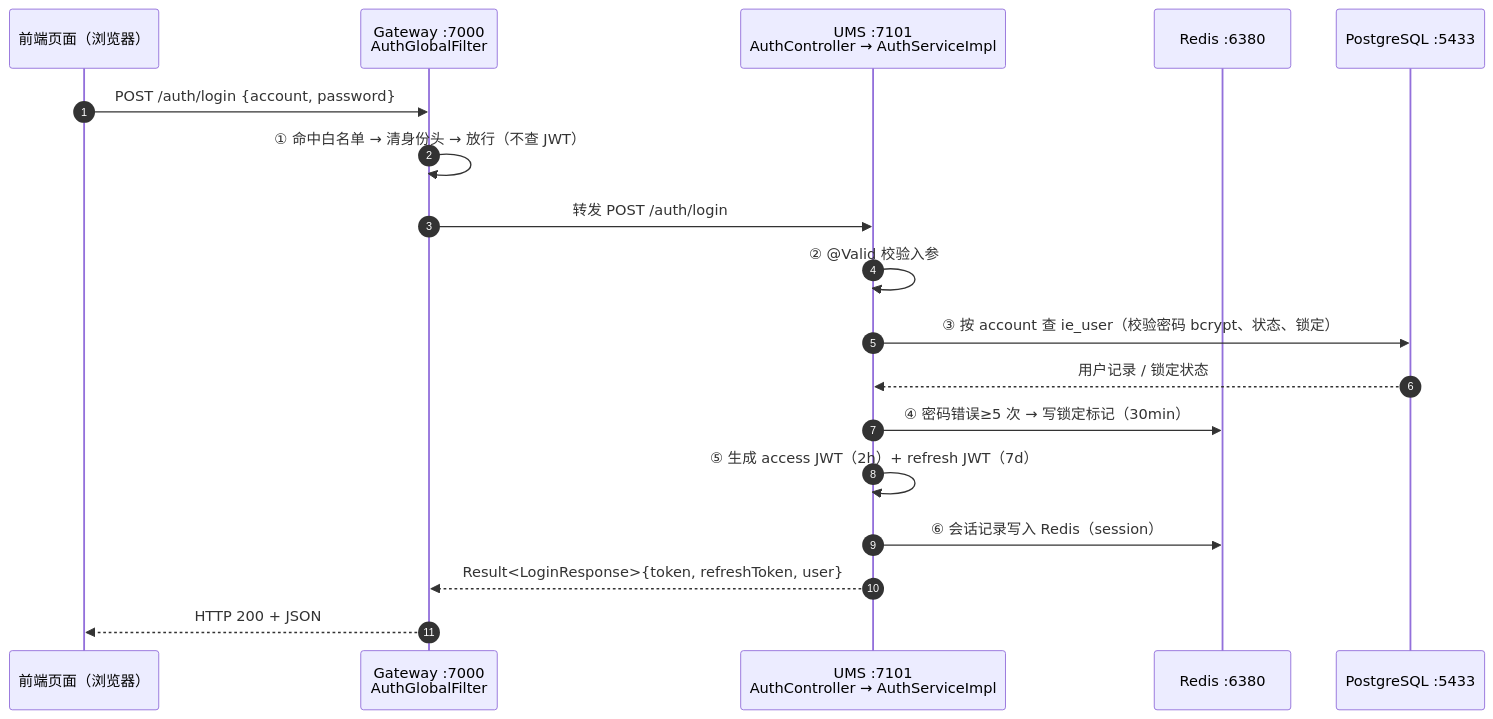
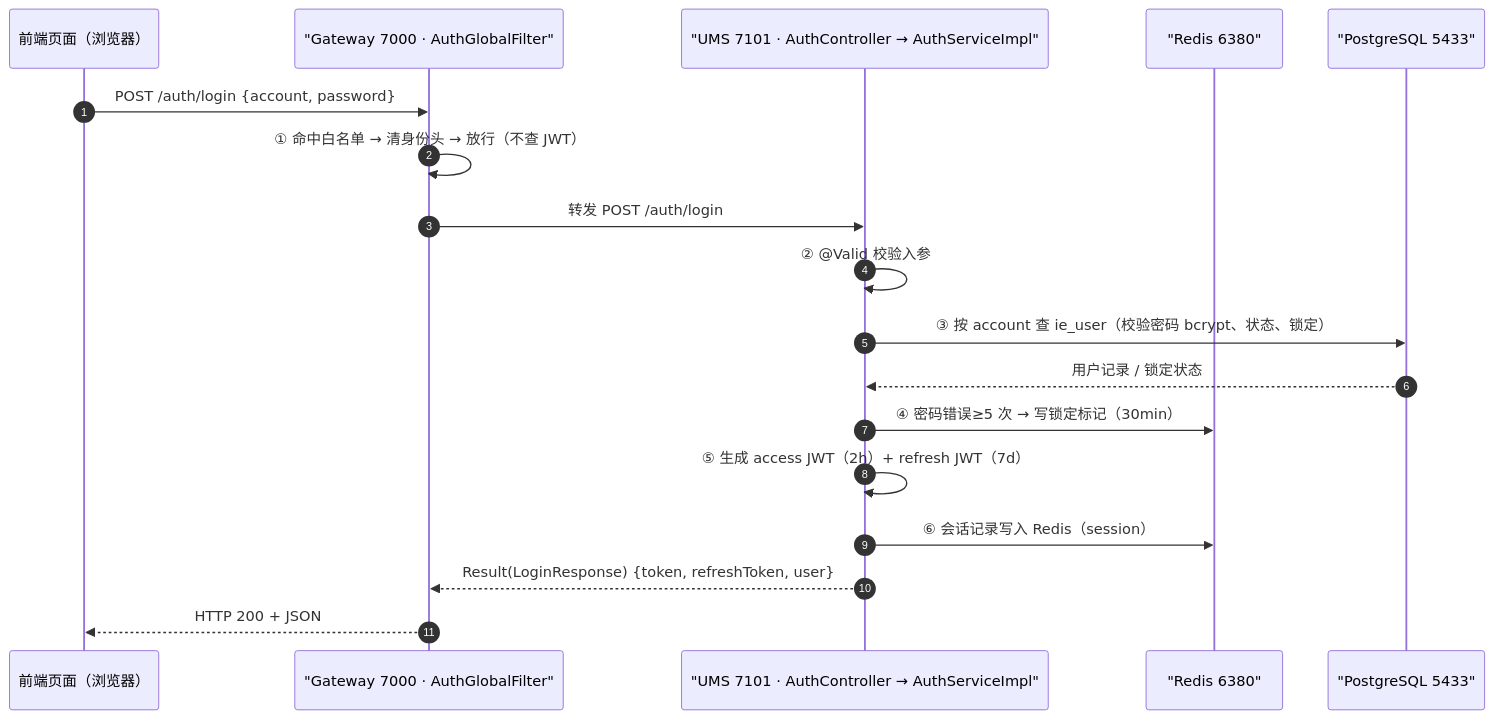
Before and after one commit to Goutouxiaoen/insight-engine-backend: the sixth of 9 diagrams in insight-engine/docs/ARCHITECTURE.md, drawn with Mermaid. The commit also changed other lines of this file, not shown here.

Commit message:
docs: fix mermaid sequence syntax in ARCHITECTURE.md

````diff
--- a/insight-engine/docs/ARCHITECTURE.md
+++ b/insight-engine/docs/ARCHITECTURE.md
@@ -371,21 +371,21 @@
 ```mermaid
 sequenceDiagram
     autonumber
     participant FE as 前端页面（浏览器）
-    participant GW as Gateway :7000<br/>AuthGlobalFilter
-    participant UM as UMS :7101<br/>AuthController → AuthServiceImpl
-    participant RD as Redis :6380
-    participant PG as PostgreSQL :5433
+    participant GW as "Gateway 7000 · AuthGlobalFilter"
+    participant UM as "UMS 7101 · AuthController → AuthServiceImpl"
+    participant RD as "Redis 6380"
+    participant PG as "PostgreSQL 5433"
 
     FE->>GW: POST /auth/login {account, password}
     GW->>GW: ① 命中白名单 → 清身份头 → 放行（不查 JWT）
     GW->>UM: 转发 POST /auth/login
     UM->>UM: ② @Valid 校验入参
     UM->>PG: ③ 按 account 查 ie_user（校验密码 bcrypt、状态、锁定）
     PG-->>UM: 用户记录 / 锁定状态
     UM->>RD: ④ 密码错误≥5 次 → 写锁定标记（30min）
     UM->>UM: ⑤ 生成 access JWT（2h）+ refresh JWT（7d）
     UM->>RD: ⑥ 会话记录写入 Redis（session）
-    UM-->>GW: Result<LoginResponse>{token, refreshToken, user}
+    UM-->>GW: Result(LoginResponse) {token, refreshToken, user}
     GW-->>FE: HTTP 200 + JSON
 ```
````
